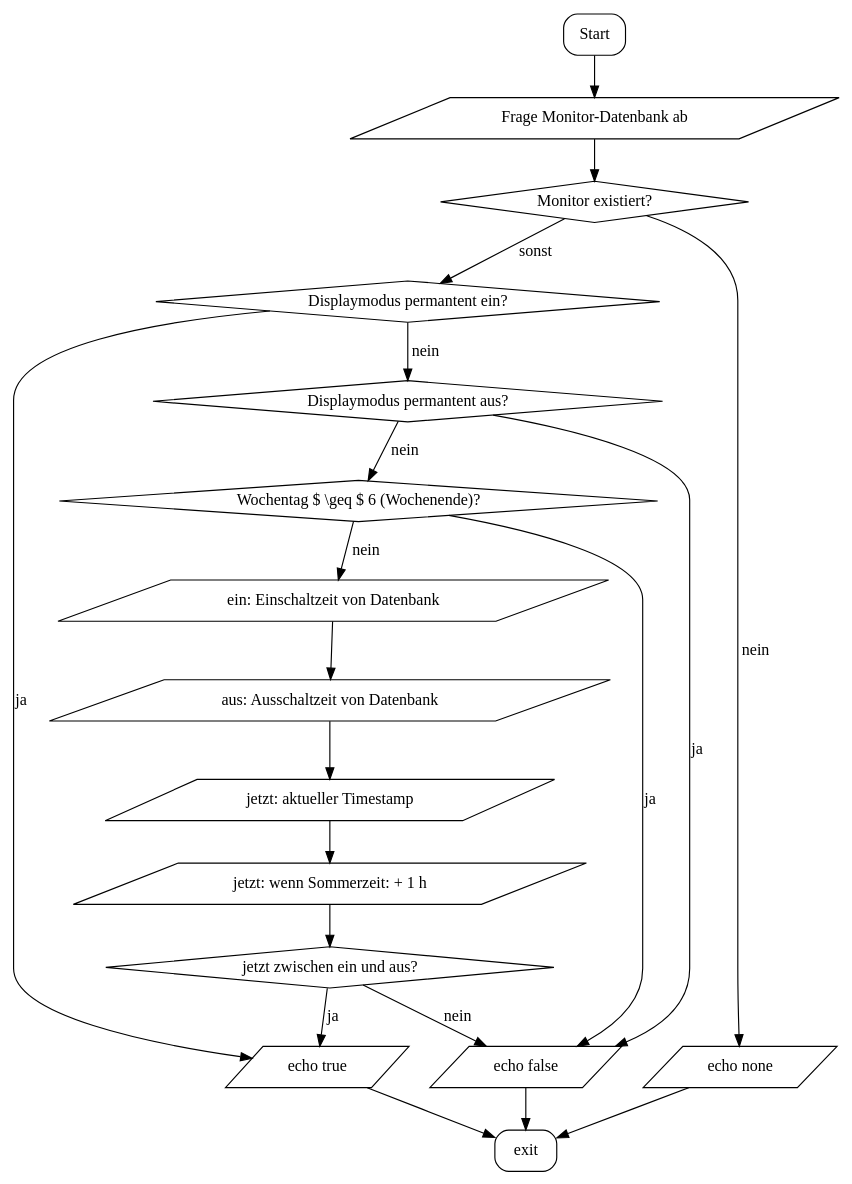
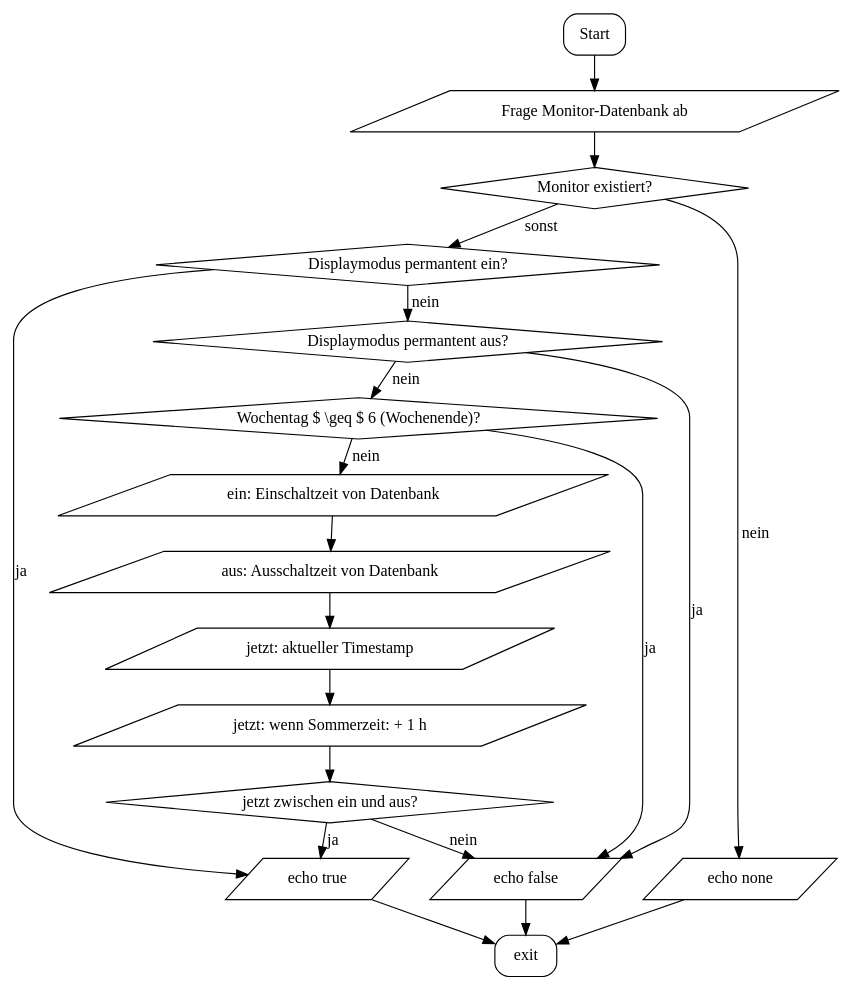
One commit to SIS-Team/SIS-Doc changed the diagram in images/flowcharts/display.dot. Above: the diagram before and after it, drawn with Graphviz. The commit also changed 2 other files, not shown here.

Commit message:
let's change the flowcharts

```diff
--- a/images/flowcharts/display.dot
+++ b/images/flowcharts/display.dot
@@ -1,37 +1,38 @@
 digraph flowchart {
 	rankdir=TB;
+	ranksep="0.01 equally";
 
 	Start[shape="box", style=rounded];
 	"exit"[shape="box", style=rounded];
 	"Monitor existiert?"[shape="diamond", style=""];
 	"Displaymodus permantent ein?"[shape="diamond", style=""];
 	"Displaymodus permantent aus?"[shape="diamond", style=""];
 	"Wochentag $ \\geq $ 6 (Wochenende)?"[shape="diamond", style=""];
 	"jetzt zwischen ein und aus?"[shape="diamond", style=""];
 	
 	node[shape="parallelogram", style=""]
 	
 	Start -> "Frage Monitor-Datenbank ab";
 	
 	"Frage Monitor-Datenbank ab" -> "Monitor existiert?";
 	"Monitor existiert?" -> "echo none"[label="nein"];
 	"Monitor existiert?" -> "Displaymodus permantent ein?"[label="sonst"];
 	"Displaymodus permantent ein?" -> "echo true"[label="ja"];
 	"Displaymodus permantent ein?" -> "Displaymodus permantent aus?"[label="nein"];
 	"Displaymodus permantent aus?" -> "echo false"[label="ja"];
 	"Displaymodus permantent aus?" -> "Wochentag $ \\geq $ 6 (Wochenende)?"[label="nein"];
 	"Wochentag $ \\geq $ 6 (Wochenende)?" -> "echo false"[label="ja"];
 	"Wochentag $ \\geq $ 6 (Wochenende)?" -> "ein: Einschaltzeit von Datenbank"[label="nein"];
 	"ein: Einschaltzeit von Datenbank" -> "aus: Ausschaltzeit von Datenbank";
 	"aus: Ausschaltzeit von Datenbank" -> "jetzt: aktueller Timestamp";
 	"jetzt: aktueller Timestamp" -> "jetzt: wenn Sommerzeit: + 1 h";
 	"jetzt: wenn Sommerzeit: + 1 h" -> "jetzt zwischen ein und aus?";
 	"jetzt zwischen ein und aus?" -> "echo true"[label="ja"];
 	"jetzt zwischen ein und aus?" -> "echo false"[label="nein"];
 	
 	"echo none" -> "exit";
 	"echo true" -> "exit";
 	"echo false" -> "exit";
 	
 	{rank=same; "echo none" "echo true" "echo false"}
 }
```
